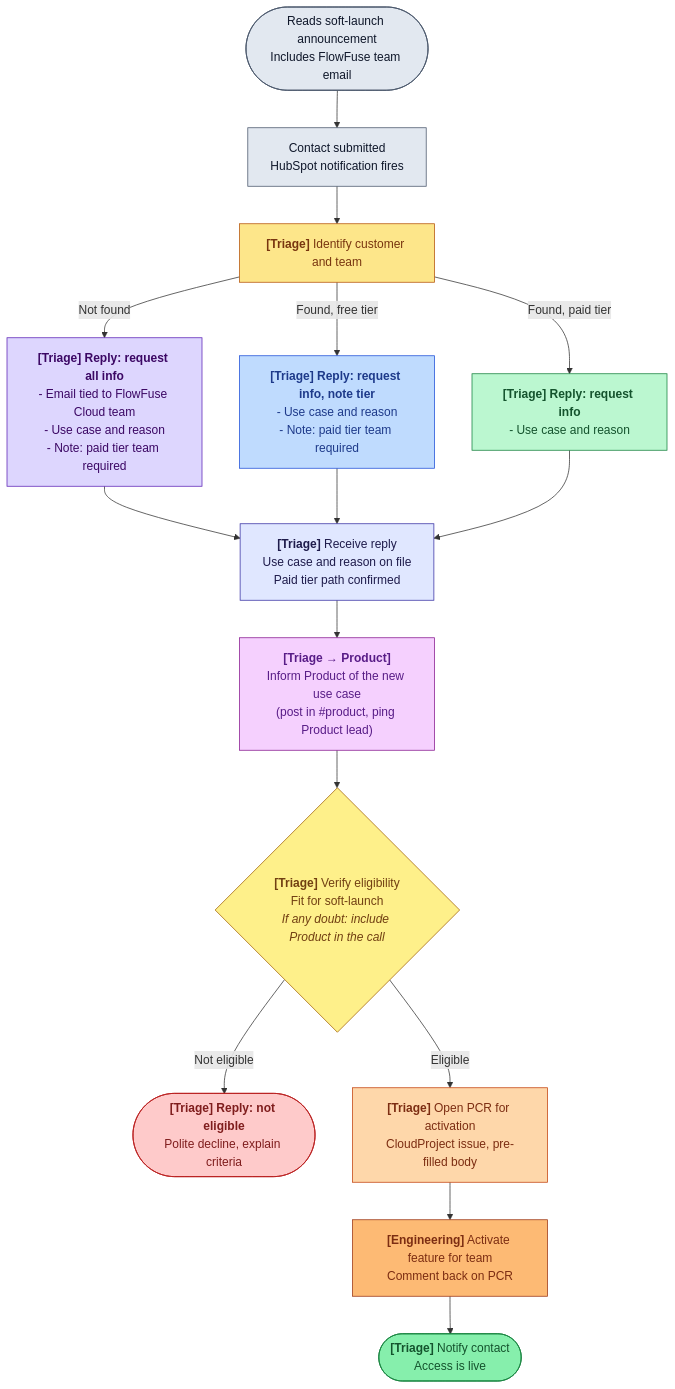
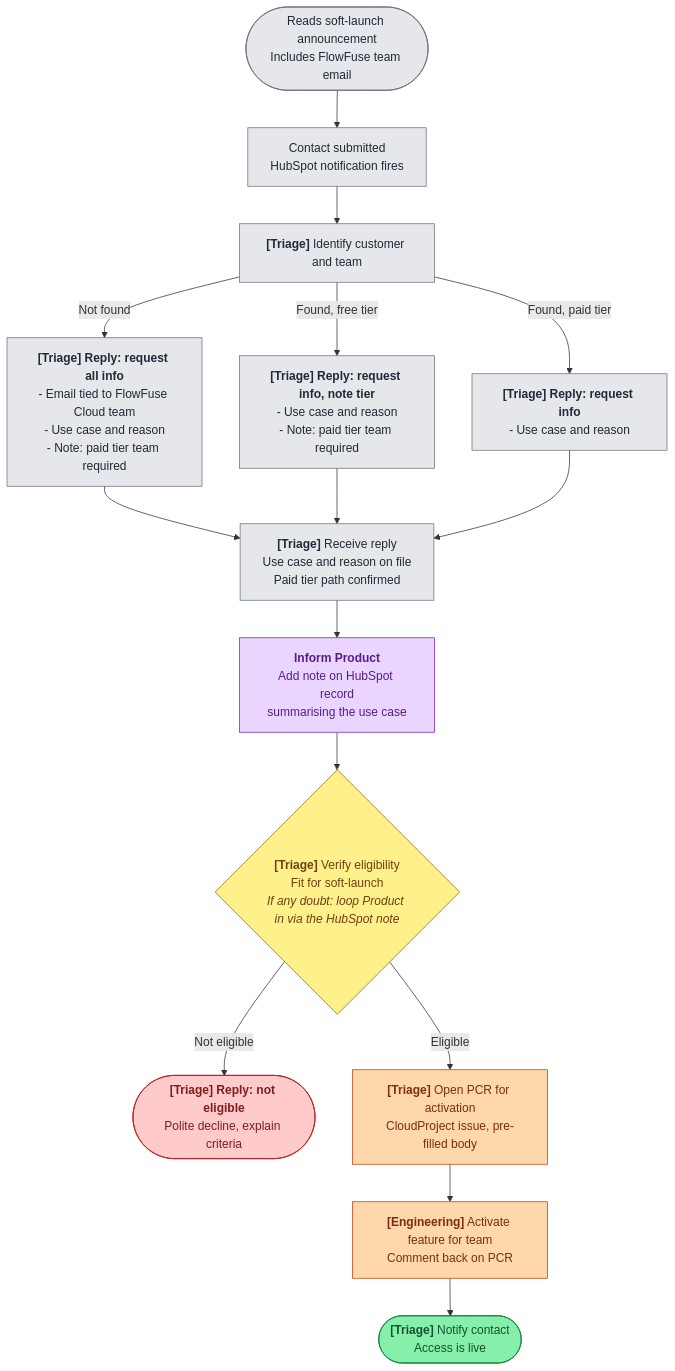
One commit to FlowFuse/website changed the diagram in src/handbook/engineering/ops/expert-agentic-application-building-access.md. Above: the diagram before and after it, drawn with Mermaid. The commit also changed other lines of this file, not shown here.

Commit message:
handbook: simplify flow colors, drop URL fallback, keep Product loop in HubSpot
- Reduce flow palette to 6 categories: default gray, Product (purple),
  decision (yellow), decline (red), Engineering handoff (orange),
  success (green). The three reply asks share the default color.
- Drop the 'If the PCR URL pre-fill doesn't populate' section.
- Trim the PCR step instruction to only the Production-checkbox note.
- Inform Product step uses HubSpot notes (with Product mentioned)
  rather than a Slack post. Borderline eligibility also loops Product
  via the same HubSpot thread.

````diff
--- a/src/handbook/engineering/ops/expert-agentic-application-building-access.md
+++ b/src/handbook/engineering/ops/expert-agentic-application-building-access.md
@@ -22,58 +22,45 @@
 ```mermaid
 flowchart TD
     Start(["Reads soft-launch announcement<br />Includes FlowFuse team email"])
     Contact["Contact submitted<br />HubSpot notification fires"]
     Identify["<b>[Triage]</b> Identify customer and team"]
 
     AskUnknown["<b>[Triage] Reply: request all info</b><br />- Email tied to FlowFuse Cloud team<br />- Use case and reason<br />- Note: paid tier team required"]
     AskFree["<b>[Triage] Reply: request info, note tier</b><br />- Use case and reason<br />- Note: paid tier team required"]
     AskPaid["<b>[Triage] Reply: request info</b><br />- Use case and reason"]
 
     Receive["<b>[Triage]</b> Receive reply<br />Use case and reason on file<br />Paid tier path confirmed"]
-    InformProduct["<b>[Triage &rarr; Product]</b><br />Inform Product of the new use case<br />(post in #product, ping Product lead)"]
+    InformProduct["<b>Inform Product</b><br />Add note on HubSpot record<br />summarising the use case"]
 
-    Eligibility{"<b>[Triage]</b> Verify eligibility<br />Fit for soft-launch<br /><i>If any doubt: include Product in the call</i>"}
+    Eligibility{"<b>[Triage]</b> Verify eligibility<br />Fit for soft-launch<br /><i>If any doubt: loop Product in via the HubSpot note</i>"}
     Decline(["<b>[Triage] Reply: not eligible</b><br />Polite decline, explain criteria"])
     PCR["<b>[Triage]</b> Open PCR for activation<br />CloudProject issue, pre-filled body"]
     Activate["<b>[Engineering]</b> Activate feature for team<br />Comment back on PCR"]
     Notify(["<b>[Triage]</b> Notify contact<br />Access is live"])
 
     Start --> Contact --> Identify
     Identify -- "Not found" --> AskUnknown
     Identify -- "Found, free tier" --> AskFree
     Identify -- "Found, paid tier" --> AskPaid
     AskUnknown --> Receive
     AskFree --> Receive
     AskPaid --> Receive
     Receive --> InformProduct --> Eligibility
     Eligibility -- "Not eligible" --> Decline
     Eligibility -- "Eligible" --> PCR
     PCR --> Activate
     Activate --> Notify
 
-    classDef inbound fill:#e2e8f0,stroke:#475569,color:#0f172a
-    classDef triage fill:#fde68a,stroke:#b45309,color:#78350f
-    classDef askUnknown fill:#ddd6fe,stroke:#5b21b6,color:#3b0764
-    classDef askFree fill:#bfdbfe,stroke:#1d4ed8,color:#1e3a8a
-    classDef askPaid fill:#bbf7d0,stroke:#15803d,color:#14532d
-    classDef gather fill:#e0e7ff,stroke:#3730a3,color:#1e1b4b
-    classDef product fill:#f5d0fe,stroke:#86198f,color:#581c87
+    classDef default fill:#e5e7eb,stroke:#6b7280,color:#1f2937
+    classDef product fill:#e9d5ff,stroke:#7e22ce,color:#581c87
     classDef decision fill:#fef08a,stroke:#a16207,color:#713f12
     classDef decline fill:#fecaca,stroke:#b91c1c,color:#7f1d1d
-    classDef handoff fill:#fed7aa,stroke:#c2410c,color:#7c2d12
-    classDef engineering fill:#fdba74,stroke:#9a3412,color:#7c2d12
-    classDef activate fill:#86efac,stroke:#15803d,color:#14532d
+    classDef engineering fill:#fed7aa,stroke:#c2410c,color:#7c2d12
+    classDef success fill:#86efac,stroke:#15803d,color:#14532d
 
-    class Start,Contact inbound
-    class Identify triage
-    class AskUnknown askUnknown
-    class AskFree askFree
-    class AskPaid askPaid
-    class Receive gather
     class InformProduct product
     class Eligibility decision
     class Decline decline
-    class PCR handoff
-    class Activate engineering
-    class Notify activate
+    class PCR,Activate engineering
+    class Notify success
 ```
````
